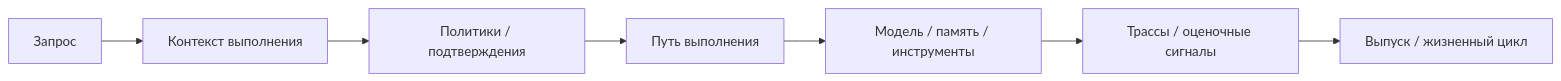
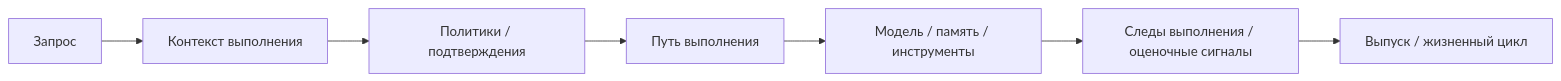
One commit to agent-axiom/agent-arch changed the diagram in docs/book/part-i/chapter-1.md. Above: the diagram before and after it, drawn with Mermaid. The commit also changed other lines of this file and 4 other files, not shown here.

````diff
--- a/docs/book/part-i/chapter-1.md
+++ b/docs/book/part-i/chapter-1.md
@@ -188,9 +198,9 @@
 ``` mermaid
 flowchart LR
     A["Запрос"] --> B["Контекст выполнения"]
     B --> C["Политики / подтверждения"]
     C --> D["Путь выполнения"]
     D --> E["Модель / память / инструменты"]
-    E --> F["Трассы / оценочные сигналы"]
+    E --> F["Следы выполнения / оценочные сигналы"]
     F --> G["Выпуск / жизненный цикл"]
 ```
````
